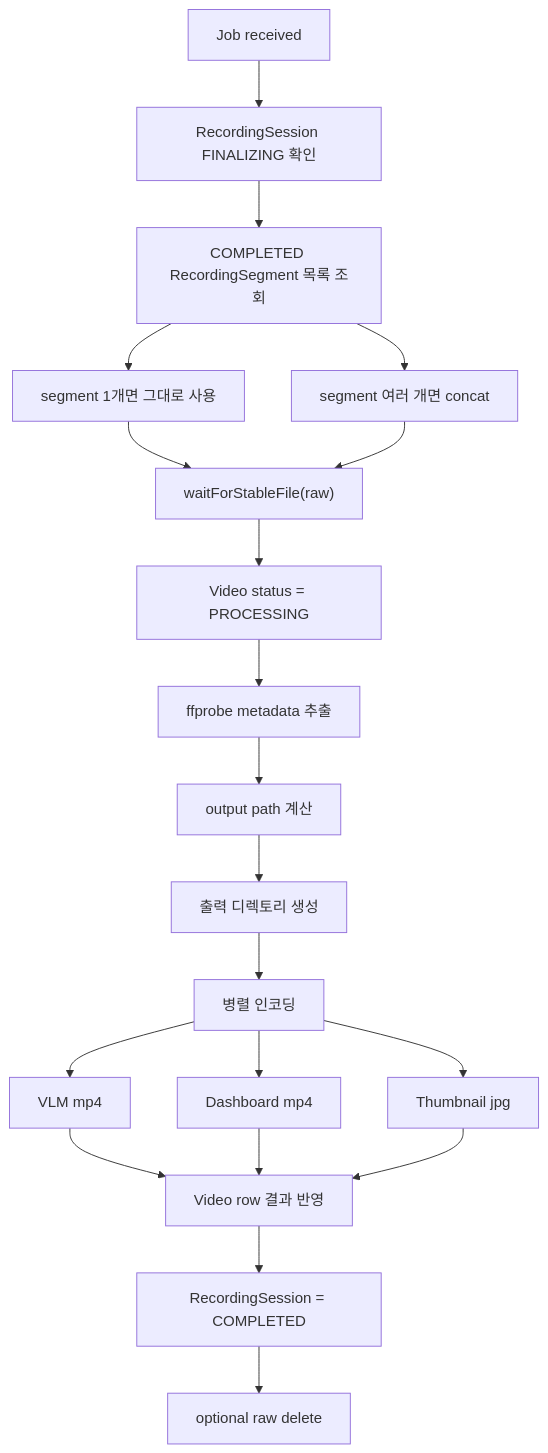
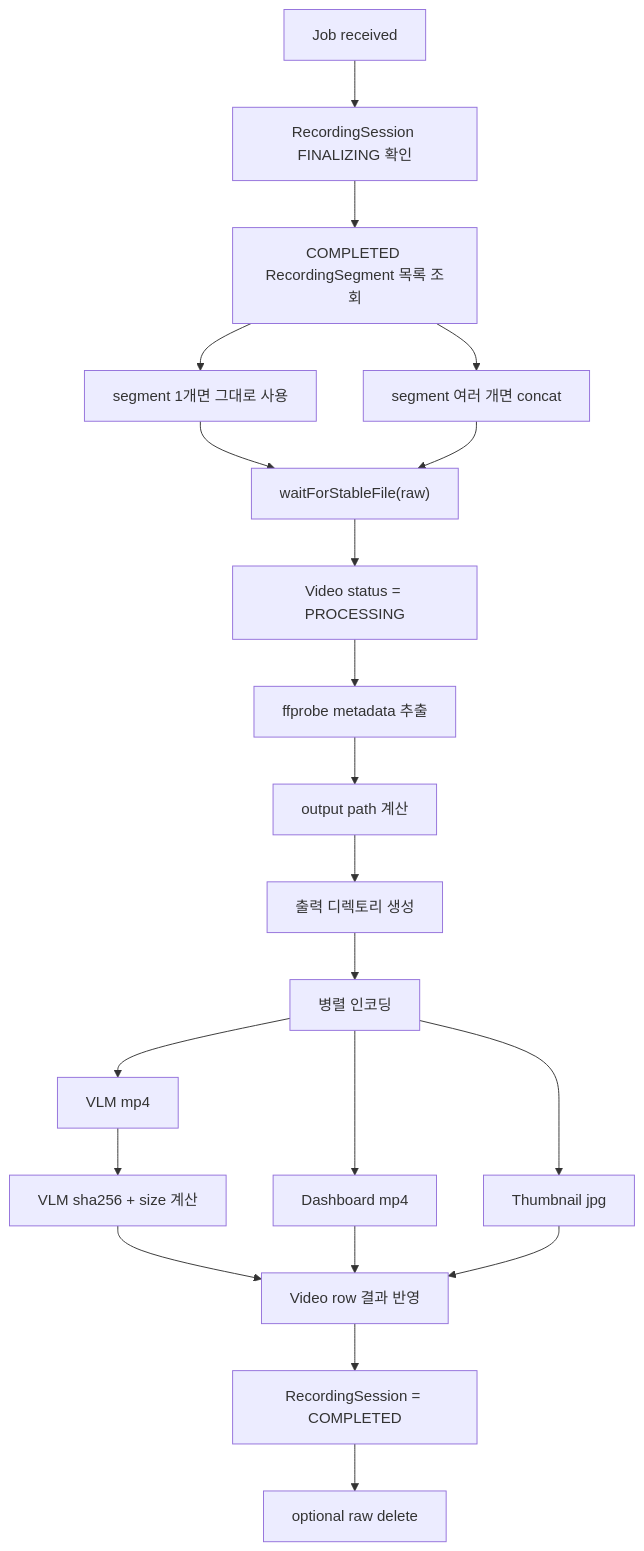
Before and after one commit to ego-flow/ego-flow-server: the second of 2 diagrams in docs/10. project_processing.md, drawn with Mermaid. The commit also changed other lines of this file and 8 other files, not shown here.

Commit message:
feat: store VLM video metadata

````diff
--- a/docs/10. project_processing.md
+++ b/docs/10. project_processing.md
@@ -26,22 +26,23 @@
 ```mermaid
 flowchart TD
     A["Job received"] --> B["RecordingSession FINALIZING 확인"]
     B --> C["COMPLETED RecordingSegment 목록 조회"]
     C --> D["segment 1개면 그대로 사용"]
     C --> E["segment 여러 개면 concat"]
     D --> F["waitForStableFile(raw)"]
     E --> F
     F --> G["Video status = PROCESSING"]
     G --> H["ffprobe metadata 추출"]
     H --> I["output path 계산"]
     I --> J["출력 디렉토리 생성"]
     J --> K["병렬 인코딩"]
     K --> K1["VLM mp4"]
     K --> K2["Dashboard mp4"]
     K --> K3["Thumbnail jpg"]
-    K1 --> L["Video row 결과 반영"]
+    K1 --> K4["VLM sha256 + size 계산"]
+    K4 --> L["Video row 결과 반영"]
     K2 --> L
     K3 --> L
     L --> M["RecordingSession = COMPLETED"]
     M --> N["optional raw delete"]
 ```
````
